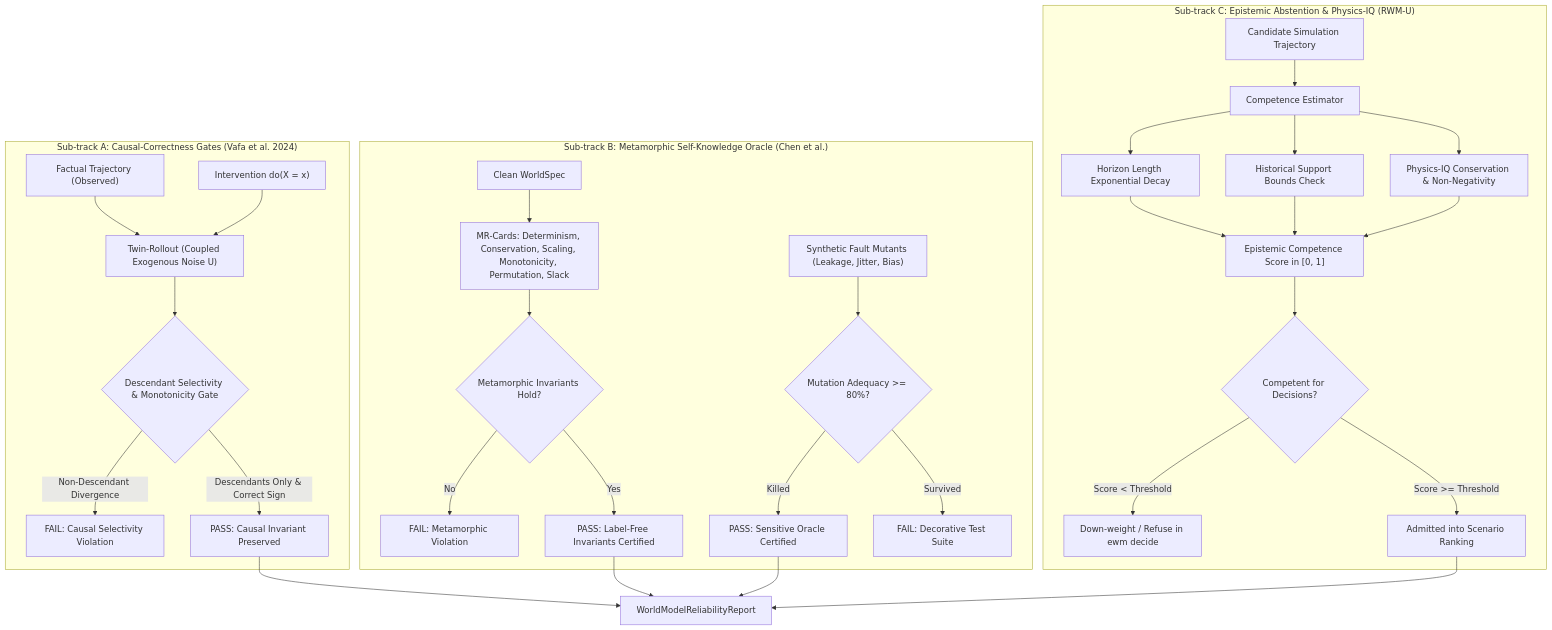
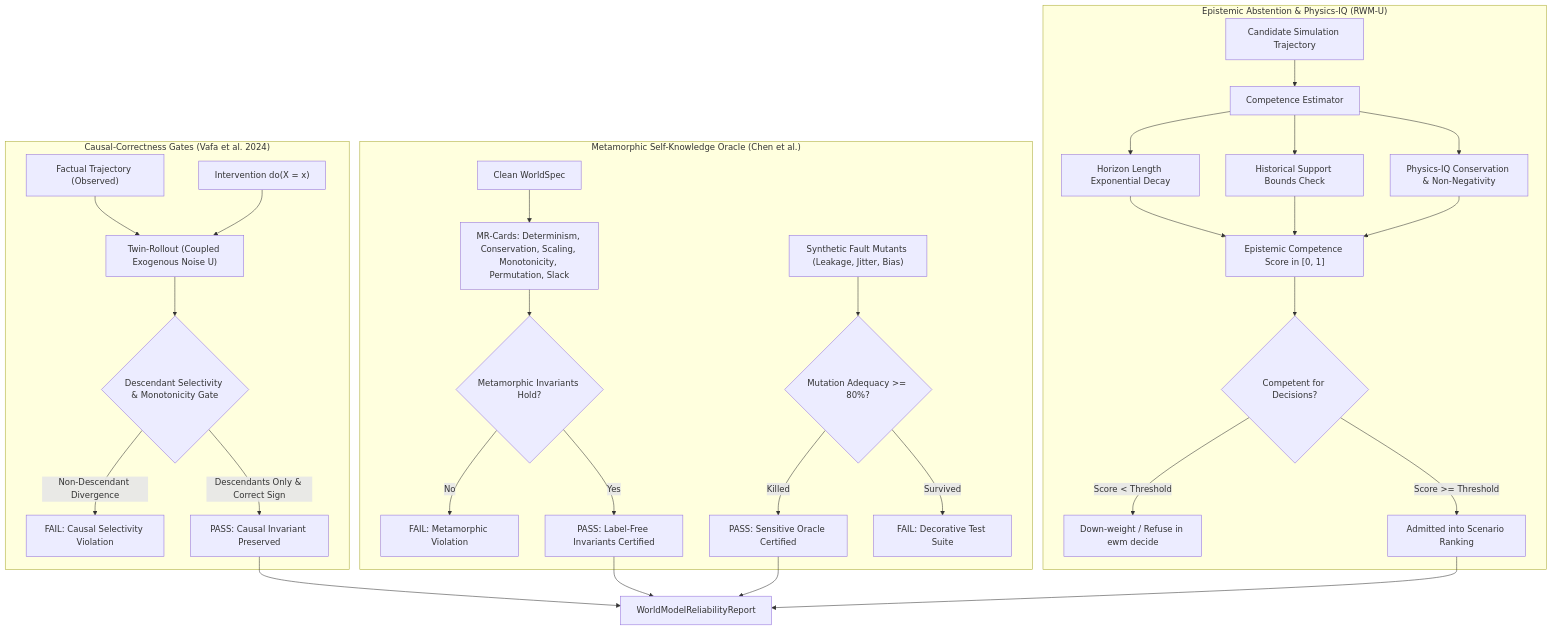
Before and after one commit to vfcarida/Enterprise-World-Model-Engine: the diagram in docs/concepts/model-reliability.md, drawn with Mermaid. The commit also changed 45 other files, not shown here.

````diff
--- a/docs/concepts/model-reliability.md
+++ b/docs/concepts/model-reliability.md
@@ -26,48 +26,48 @@
 ```mermaid
 flowchart TD
-    subgraph SCM ["Sub-track A: Causal-Correctness Gates (Vafa et al. 2024)"]
+    subgraph SCM ["Causal-Correctness Gates (Vafa et al. 2024)"]
         Factual["Factual Trajectory (Observed)"]
         Intervention["Intervention do(X = x)"]
         Twin["Twin-Rollout (Coupled Exogenous Noise U)"]
         Factual --> Twin
         Intervention --> Twin
         Twin --> Selectivity{"Descendant Selectivity & Monotonicity Gate"}
         Selectivity -->|Non-Descendant Divergence| CausalFail["FAIL: Causal Selectivity Violation"]
         Selectivity -->|Descendants Only & Correct Sign| CausalPass["PASS: Causal Invariant Preserved"]
     end
 
-    subgraph Metamorphic ["Sub-track B: Metamorphic Self-Knowledge Oracle (Chen et al.)"]
+    subgraph Metamorphic ["Metamorphic Self-Knowledge Oracle (Chen et al.)"]
         CleanSpec["Clean WorldSpec"]
         MRCards["MR-Cards: Determinism, Conservation, Scaling, Monotonicity, Permutation, Slack"]
         CleanSpec --> MRCards
         MRCards --> Invariants{"Metamorphic Invariants Hold?"}
         Invariants -->|No| MRPFail["FAIL: Metamorphic Violation"]
         Invariants -->|Yes| MRPass["PASS: Label-Free Invariants Certified"]
         
         Mutants["Synthetic Fault Mutants (Leakage, Jitter, Bias)"]
         Mutants --> Adequacy{"Mutation Adequacy >= 80%?"}
         Adequacy -->|Killed| MutPass["PASS: Sensitive Oracle Certified"]
         Adequacy -->|Survived| MutFail["FAIL: Decorative Test Suite"]
     end
 
-    subgraph Abstention ["Sub-track C: Epistemic Abstention & Physics-IQ (RWM-U)"]
+    subgraph Abstention ["Epistemic Abstention & Physics-IQ (RWM-U)"]
         Rollout["Candidate Simulation Trajectory"]
         Rollout --> CompEst["Competence Estimator"]
         CompEst --> Decay["Horizon Length Exponential Decay"]
         CompEst --> Bounds["Historical Support Bounds Check"]
         CompEst --> PhysicsIQ["Physics-IQ Conservation & Non-Negativity"]
         
         Decay --> CompScore["Epistemic Competence Score in [0, 1]"]
         Bounds --> CompScore
         PhysicsIQ --> CompScore
         
         CompScore --> DecisionGate{"Competent for Decisions?"}
         DecisionGate -->|Score < Threshold| Downweight["Down-weight / Refuse in ewm decide"]
         DecisionGate -->|Score >= Threshold| Accept["Admitted into Scenario Ranking"]
     end
 
     CausalPass --> Report["WorldModelReliabilityReport"]
     MRPass --> Report
     MutPass --> Report
     Accept --> Report
 ```
````
